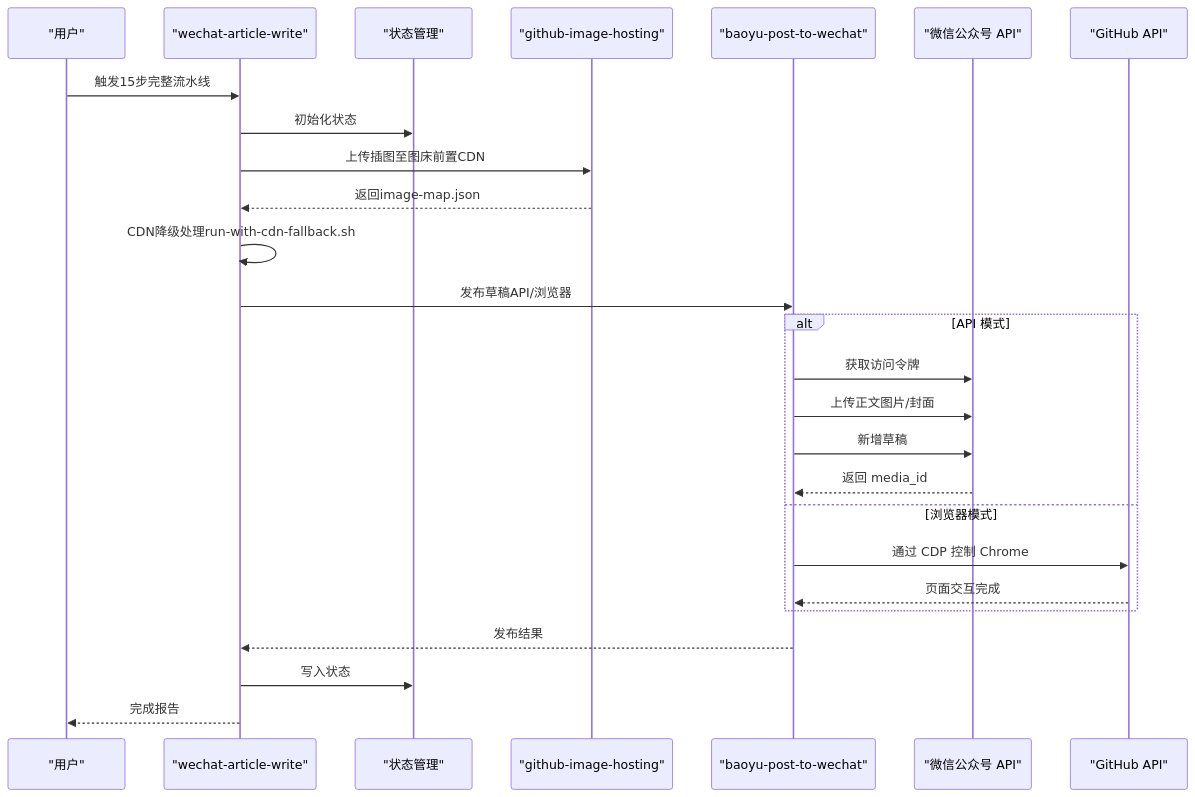
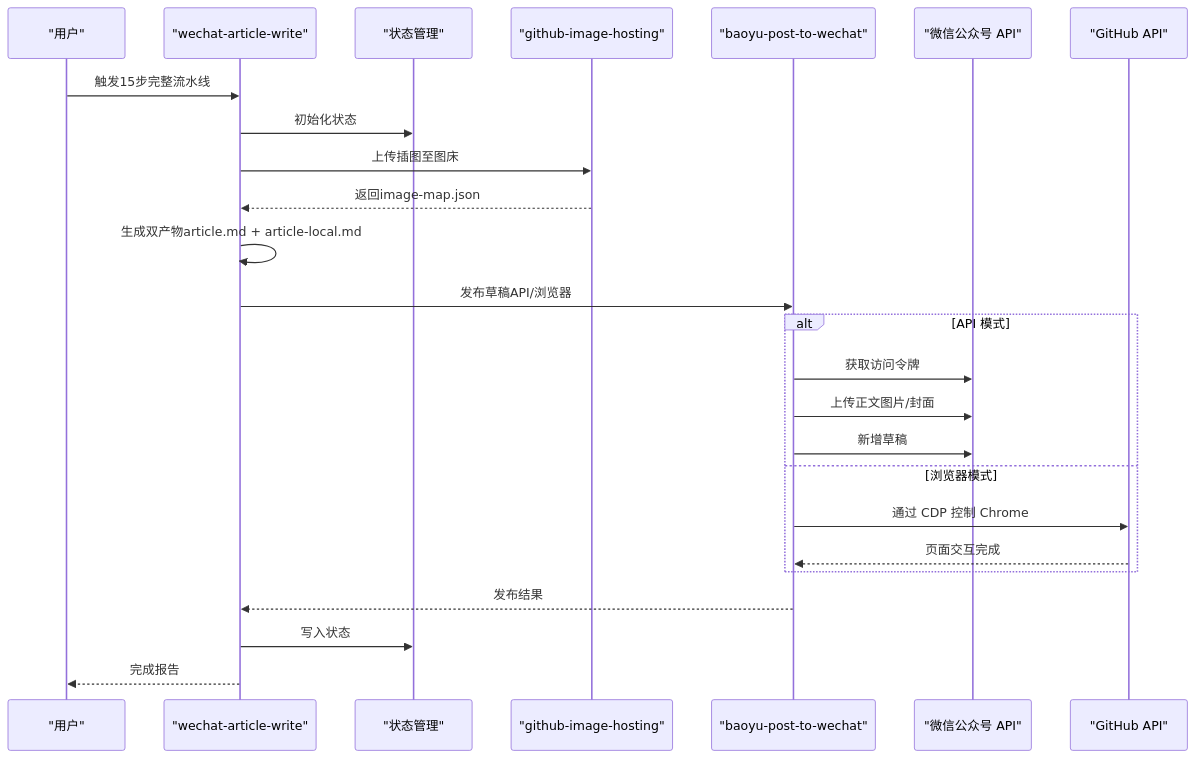
One commit to NTLx/ntlx.github.io changed the second of 6 diagrams in .qoder/repowiki/zh/content/AI 技能系统/发布自动化技能/发布自动化技能.md. Above: the diagram before and after it, drawn with Mermaid. The commit also changed other lines of this file and 3 other files, not shown here.

````diff
--- a/.qoder/repowiki/zh/content/AI 技能系统/发布自动化技能/发布自动化技能.md
+++ b/.qoder/repowiki/zh/content/AI 技能系统/发布自动化技能/发布自动化技能.md
@@ -134,28 +135,27 @@
 ```mermaid
 sequenceDiagram
 participant U as "用户"
 participant W as "wechat-article-write"
 participant S as "状态管理"
 participant I as "github-image-hosting"
 participant P as "baoyu-post-to-wechat"
 participant WX as "微信公众号 API"
 participant GH as "GitHub API"
 U->>W : 触发15步完整流水线
 W->>S : 初始化状态
-W->>I : 上传插图至图床前置CDN
+W->>I : 上传插图至图床
 I-->>W : 返回image-map.json
-W->>W : CDN降级处理run-with-cdn-fallback.sh
+W->>W : 生成双产物article.md + article-local.md
 W->>P : 发布草稿API/浏览器
 alt API 模式
 P->>WX : 获取访问令牌
 P->>WX : 上传正文图片/封面
 P->>WX : 新增草稿
-WX-->>P : 返回 media_id
 else 浏览器模式
 P->>GH : 通过 CDP 控制 Chrome
 GH-->>P : 页面交互完成
 end
 P-->>W : 发布结果
 W->>S : 写入状态
 W-->>U : 完成报告
 ```
````
